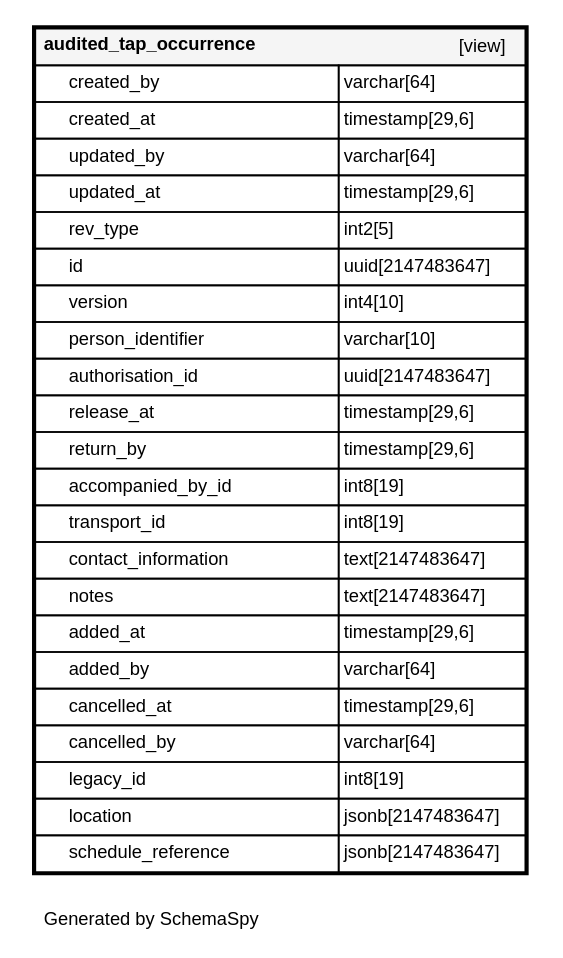
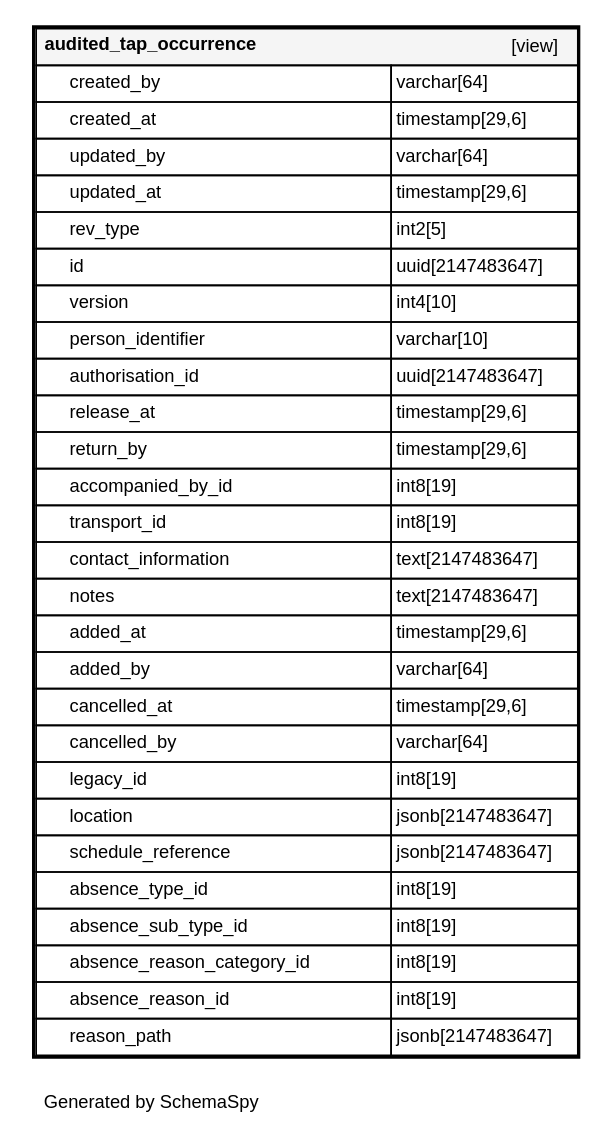
Before and after one commit to ministryofjustice/hmpps-external-movements-api: the diagram in schema-spy-report/diagrams/tables/audited_tap_occurrence.1degree.dot, drawn with Graphviz. The commit also changed 53 other files, not shown here.

```diff
--- a/schema-spy-report/diagrams/tables/audited_tap_occurrence.1degree.dot
+++ b/schema-spy-report/diagrams/tables/audited_tap_occurrence.1degree.dot
@@ -4,28 +4,33 @@
    label=<
     <TABLE BORDER="2" CELLBORDER="1" CELLSPACING="0" BGCOLOR="#ffffff">
       <TR><TD COLSPAN="4"  BGCOLOR="#f5f5f5"><TABLE BORDER="0" CELLSPACING="0"><TR><TD ALIGN="LEFT" FIXEDSIZE="TRUE" WIDTH="161" HEIGHT="16"><B>audited_tap_occurrence</B></TD><TD ALIGN="RIGHT">[view]</TD></TR></TABLE></TD></TR>
-      <TR><TD PORT="created_by" COLSPAN="2" ALIGN="LEFT"><TABLE BORDER="0" CELLSPACING="0" ALIGN="LEFT"><TR ALIGN="LEFT"><TD ALIGN="LEFT" FIXEDSIZE="TRUE" WIDTH="15" HEIGHT="16"></TD><TD ALIGN="LEFT" FIXEDSIZE="TRUE" WIDTH="161" HEIGHT="16">created_by</TD></TR></TABLE></TD><TD PORT="created_by.type" ALIGN="LEFT">varchar[64]</TD></TR>
-      <TR><TD PORT="created_at" COLSPAN="2" ALIGN="LEFT"><TABLE BORDER="0" CELLSPACING="0" ALIGN="LEFT"><TR ALIGN="LEFT"><TD ALIGN="LEFT" FIXEDSIZE="TRUE" WIDTH="15" HEIGHT="16"></TD><TD ALIGN="LEFT" FIXEDSIZE="TRUE" WIDTH="161" HEIGHT="16">created_at</TD></TR></TABLE></TD><TD PORT="created_at.type" ALIGN="LEFT">timestamp[29,6]</TD></TR>
-      <TR><TD PORT="updated_by" COLSPAN="2" ALIGN="LEFT"><TABLE BORDER="0" CELLSPACING="0" ALIGN="LEFT"><TR ALIGN="LEFT"><TD ALIGN="LEFT" FIXEDSIZE="TRUE" WIDTH="15" HEIGHT="16"></TD><TD ALIGN="LEFT" FIXEDSIZE="TRUE" WIDTH="161" HEIGHT="16">updated_by</TD></TR></TABLE></TD><TD PORT="updated_by.type" ALIGN="LEFT">varchar[64]</TD></TR>
-      <TR><TD PORT="updated_at" COLSPAN="2" ALIGN="LEFT"><TABLE BORDER="0" CELLSPACING="0" ALIGN="LEFT"><TR ALIGN="LEFT"><TD ALIGN="LEFT" FIXEDSIZE="TRUE" WIDTH="15" HEIGHT="16"></TD><TD ALIGN="LEFT" FIXEDSIZE="TRUE" WIDTH="161" HEIGHT="16">updated_at</TD></TR></TABLE></TD><TD PORT="updated_at.type" ALIGN="LEFT">timestamp[29,6]</TD></TR>
-      <TR><TD PORT="rev_type" COLSPAN="2" ALIGN="LEFT"><TABLE BORDER="0" CELLSPACING="0" ALIGN="LEFT"><TR ALIGN="LEFT"><TD ALIGN="LEFT" FIXEDSIZE="TRUE" WIDTH="15" HEIGHT="16"></TD><TD ALIGN="LEFT" FIXEDSIZE="TRUE" WIDTH="161" HEIGHT="16">rev_type</TD></TR></TABLE></TD><TD PORT="rev_type.type" ALIGN="LEFT">int2[5]</TD></TR>
-      <TR><TD PORT="id" COLSPAN="2" ALIGN="LEFT"><TABLE BORDER="0" CELLSPACING="0" ALIGN="LEFT"><TR ALIGN="LEFT"><TD ALIGN="LEFT" FIXEDSIZE="TRUE" WIDTH="15" HEIGHT="16"></TD><TD ALIGN="LEFT" FIXEDSIZE="TRUE" WIDTH="161" HEIGHT="16">id</TD></TR></TABLE></TD><TD PORT="id.type" ALIGN="LEFT">uuid[2147483647]</TD></TR>
-      <TR><TD PORT="version" COLSPAN="2" ALIGN="LEFT"><TABLE BORDER="0" CELLSPACING="0" ALIGN="LEFT"><TR ALIGN="LEFT"><TD ALIGN="LEFT" FIXEDSIZE="TRUE" WIDTH="15" HEIGHT="16"></TD><TD ALIGN="LEFT" FIXEDSIZE="TRUE" WIDTH="161" HEIGHT="16">version</TD></TR></TABLE></TD><TD PORT="version.type" ALIGN="LEFT">int4[10]</TD></TR>
-      <TR><TD PORT="person_identifier" COLSPAN="2" ALIGN="LEFT"><TABLE BORDER="0" CELLSPACING="0" ALIGN="LEFT"><TR ALIGN="LEFT"><TD ALIGN="LEFT" FIXEDSIZE="TRUE" WIDTH="15" HEIGHT="16"></TD><TD ALIGN="LEFT" FIXEDSIZE="TRUE" WIDTH="161" HEIGHT="16">person_identifier</TD></TR></TABLE></TD><TD PORT="person_identifier.type" ALIGN="LEFT">varchar[10]</TD></TR>
-      <TR><TD PORT="authorisation_id" COLSPAN="2" ALIGN="LEFT"><TABLE BORDER="0" CELLSPACING="0" ALIGN="LEFT"><TR ALIGN="LEFT"><TD ALIGN="LEFT" FIXEDSIZE="TRUE" WIDTH="15" HEIGHT="16"></TD><TD ALIGN="LEFT" FIXEDSIZE="TRUE" WIDTH="161" HEIGHT="16">authorisation_id</TD></TR></TABLE></TD><TD PORT="authorisation_id.type" ALIGN="LEFT">uuid[2147483647]</TD></TR>
-      <TR><TD PORT="release_at" COLSPAN="2" ALIGN="LEFT"><TABLE BORDER="0" CELLSPACING="0" ALIGN="LEFT"><TR ALIGN="LEFT"><TD ALIGN="LEFT" FIXEDSIZE="TRUE" WIDTH="15" HEIGHT="16"></TD><TD ALIGN="LEFT" FIXEDSIZE="TRUE" WIDTH="161" HEIGHT="16">release_at</TD></TR></TABLE></TD><TD PORT="release_at.type" ALIGN="LEFT">timestamp[29,6]</TD></TR>
-      <TR><TD PORT="return_by" COLSPAN="2" ALIGN="LEFT"><TABLE BORDER="0" CELLSPACING="0" ALIGN="LEFT"><TR ALIGN="LEFT"><TD ALIGN="LEFT" FIXEDSIZE="TRUE" WIDTH="15" HEIGHT="16"></TD><TD ALIGN="LEFT" FIXEDSIZE="TRUE" WIDTH="161" HEIGHT="16">return_by</TD></TR></TABLE></TD><TD PORT="return_by.type" ALIGN="LEFT">timestamp[29,6]</TD></TR>
-      <TR><TD PORT="accompanied_by_id" COLSPAN="2" ALIGN="LEFT"><TABLE BORDER="0" CELLSPACING="0" ALIGN="LEFT"><TR ALIGN="LEFT"><TD ALIGN="LEFT" FIXEDSIZE="TRUE" WIDTH="15" HEIGHT="16"></TD><TD ALIGN="LEFT" FIXEDSIZE="TRUE" WIDTH="161" HEIGHT="16">accompanied_by_id</TD></TR></TABLE></TD><TD PORT="accompanied_by_id.type" ALIGN="LEFT">int8[19]</TD></TR>
-      <TR><TD PORT="transport_id" COLSPAN="2" ALIGN="LEFT"><TABLE BORDER="0" CELLSPACING="0" ALIGN="LEFT"><TR ALIGN="LEFT"><TD ALIGN="LEFT" FIXEDSIZE="TRUE" WIDTH="15" HEIGHT="16"></TD><TD ALIGN="LEFT" FIXEDSIZE="TRUE" WIDTH="161" HEIGHT="16">transport_id</TD></TR></TABLE></TD><TD PORT="transport_id.type" ALIGN="LEFT">int8[19]</TD></TR>
-      <TR><TD PORT="contact_information" COLSPAN="2" ALIGN="LEFT"><TABLE BORDER="0" CELLSPACING="0" ALIGN="LEFT"><TR ALIGN="LEFT"><TD ALIGN="LEFT" FIXEDSIZE="TRUE" WIDTH="15" HEIGHT="16"></TD><TD ALIGN="LEFT" FIXEDSIZE="TRUE" WIDTH="161" HEIGHT="16">contact_information</TD></TR></TABLE></TD><TD PORT="contact_information.type" ALIGN="LEFT">text[2147483647]</TD></TR>
-      <TR><TD PORT="notes" COLSPAN="2" ALIGN="LEFT"><TABLE BORDER="0" CELLSPACING="0" ALIGN="LEFT"><TR ALIGN="LEFT"><TD ALIGN="LEFT" FIXEDSIZE="TRUE" WIDTH="15" HEIGHT="16"></TD><TD ALIGN="LEFT" FIXEDSIZE="TRUE" WIDTH="161" HEIGHT="16">notes</TD></TR></TABLE></TD><TD PORT="notes.type" ALIGN="LEFT">text[2147483647]</TD></TR>
-      <TR><TD PORT="added_at" COLSPAN="2" ALIGN="LEFT"><TABLE BORDER="0" CELLSPACING="0" ALIGN="LEFT"><TR ALIGN="LEFT"><TD ALIGN="LEFT" FIXEDSIZE="TRUE" WIDTH="15" HEIGHT="16"></TD><TD ALIGN="LEFT" FIXEDSIZE="TRUE" WIDTH="161" HEIGHT="16">added_at</TD></TR></TABLE></TD><TD PORT="added_at.type" ALIGN="LEFT">timestamp[29,6]</TD></TR>
-      <TR><TD PORT="added_by" COLSPAN="2" ALIGN="LEFT"><TABLE BORDER="0" CELLSPACING="0" ALIGN="LEFT"><TR ALIGN="LEFT"><TD ALIGN="LEFT" FIXEDSIZE="TRUE" WIDTH="15" HEIGHT="16"></TD><TD ALIGN="LEFT" FIXEDSIZE="TRUE" WIDTH="161" HEIGHT="16">added_by</TD></TR></TABLE></TD><TD PORT="added_by.type" ALIGN="LEFT">varchar[64]</TD></TR>
-      <TR><TD PORT="cancelled_at" COLSPAN="2" ALIGN="LEFT"><TABLE BORDER="0" CELLSPACING="0" ALIGN="LEFT"><TR ALIGN="LEFT"><TD ALIGN="LEFT" FIXEDSIZE="TRUE" WIDTH="15" HEIGHT="16"></TD><TD ALIGN="LEFT" FIXEDSIZE="TRUE" WIDTH="161" HEIGHT="16">cancelled_at</TD></TR></TABLE></TD><TD PORT="cancelled_at.type" ALIGN="LEFT">timestamp[29,6]</TD></TR>
-      <TR><TD PORT="cancelled_by" COLSPAN="2" ALIGN="LEFT"><TABLE BORDER="0" CELLSPACING="0" ALIGN="LEFT"><TR ALIGN="LEFT"><TD ALIGN="LEFT" FIXEDSIZE="TRUE" WIDTH="15" HEIGHT="16"></TD><TD ALIGN="LEFT" FIXEDSIZE="TRUE" WIDTH="161" HEIGHT="16">cancelled_by</TD></TR></TABLE></TD><TD PORT="cancelled_by.type" ALIGN="LEFT">varchar[64]</TD></TR>
-      <TR><TD PORT="legacy_id" COLSPAN="2" ALIGN="LEFT"><TABLE BORDER="0" CELLSPACING="0" ALIGN="LEFT"><TR ALIGN="LEFT"><TD ALIGN="LEFT" FIXEDSIZE="TRUE" WIDTH="15" HEIGHT="16"></TD><TD ALIGN="LEFT" FIXEDSIZE="TRUE" WIDTH="161" HEIGHT="16">legacy_id</TD></TR></TABLE></TD><TD PORT="legacy_id.type" ALIGN="LEFT">int8[19]</TD></TR>
-      <TR><TD PORT="location" COLSPAN="2" ALIGN="LEFT"><TABLE BORDER="0" CELLSPACING="0" ALIGN="LEFT"><TR ALIGN="LEFT"><TD ALIGN="LEFT" FIXEDSIZE="TRUE" WIDTH="15" HEIGHT="16"></TD><TD ALIGN="LEFT" FIXEDSIZE="TRUE" WIDTH="161" HEIGHT="16">location</TD></TR></TABLE></TD><TD PORT="location.type" ALIGN="LEFT">jsonb[2147483647]</TD></TR>
-      <TR><TD PORT="schedule_reference" COLSPAN="2" ALIGN="LEFT"><TABLE BORDER="0" CELLSPACING="0" ALIGN="LEFT"><TR ALIGN="LEFT"><TD ALIGN="LEFT" FIXEDSIZE="TRUE" WIDTH="15" HEIGHT="16"></TD><TD ALIGN="LEFT" FIXEDSIZE="TRUE" WIDTH="161" HEIGHT="16">schedule_reference</TD></TR></TABLE></TD><TD PORT="schedule_reference.type" ALIGN="LEFT">jsonb[2147483647]</TD></TR>
+      <TR><TD PORT="created_by" COLSPAN="2" ALIGN="LEFT"><TABLE BORDER="0" CELLSPACING="0" ALIGN="LEFT"><TR ALIGN="LEFT"><TD ALIGN="LEFT" FIXEDSIZE="TRUE" WIDTH="15" HEIGHT="16"></TD><TD ALIGN="LEFT" FIXEDSIZE="TRUE" WIDTH="192" HEIGHT="16">created_by</TD></TR></TABLE></TD><TD PORT="created_by.type" ALIGN="LEFT">varchar[64]</TD></TR>
+      <TR><TD PORT="created_at" COLSPAN="2" ALIGN="LEFT"><TABLE BORDER="0" CELLSPACING="0" ALIGN="LEFT"><TR ALIGN="LEFT"><TD ALIGN="LEFT" FIXEDSIZE="TRUE" WIDTH="15" HEIGHT="16"></TD><TD ALIGN="LEFT" FIXEDSIZE="TRUE" WIDTH="192" HEIGHT="16">created_at</TD></TR></TABLE></TD><TD PORT="created_at.type" ALIGN="LEFT">timestamp[29,6]</TD></TR>
+      <TR><TD PORT="updated_by" COLSPAN="2" ALIGN="LEFT"><TABLE BORDER="0" CELLSPACING="0" ALIGN="LEFT"><TR ALIGN="LEFT"><TD ALIGN="LEFT" FIXEDSIZE="TRUE" WIDTH="15" HEIGHT="16"></TD><TD ALIGN="LEFT" FIXEDSIZE="TRUE" WIDTH="192" HEIGHT="16">updated_by</TD></TR></TABLE></TD><TD PORT="updated_by.type" ALIGN="LEFT">varchar[64]</TD></TR>
+      <TR><TD PORT="updated_at" COLSPAN="2" ALIGN="LEFT"><TABLE BORDER="0" CELLSPACING="0" ALIGN="LEFT"><TR ALIGN="LEFT"><TD ALIGN="LEFT" FIXEDSIZE="TRUE" WIDTH="15" HEIGHT="16"></TD><TD ALIGN="LEFT" FIXEDSIZE="TRUE" WIDTH="192" HEIGHT="16">updated_at</TD></TR></TABLE></TD><TD PORT="updated_at.type" ALIGN="LEFT">timestamp[29,6]</TD></TR>
+      <TR><TD PORT="rev_type" COLSPAN="2" ALIGN="LEFT"><TABLE BORDER="0" CELLSPACING="0" ALIGN="LEFT"><TR ALIGN="LEFT"><TD ALIGN="LEFT" FIXEDSIZE="TRUE" WIDTH="15" HEIGHT="16"></TD><TD ALIGN="LEFT" FIXEDSIZE="TRUE" WIDTH="192" HEIGHT="16">rev_type</TD></TR></TABLE></TD><TD PORT="rev_type.type" ALIGN="LEFT">int2[5]</TD></TR>
+      <TR><TD PORT="id" COLSPAN="2" ALIGN="LEFT"><TABLE BORDER="0" CELLSPACING="0" ALIGN="LEFT"><TR ALIGN="LEFT"><TD ALIGN="LEFT" FIXEDSIZE="TRUE" WIDTH="15" HEIGHT="16"></TD><TD ALIGN="LEFT" FIXEDSIZE="TRUE" WIDTH="192" HEIGHT="16">id</TD></TR></TABLE></TD><TD PORT="id.type" ALIGN="LEFT">uuid[2147483647]</TD></TR>
+      <TR><TD PORT="version" COLSPAN="2" ALIGN="LEFT"><TABLE BORDER="0" CELLSPACING="0" ALIGN="LEFT"><TR ALIGN="LEFT"><TD ALIGN="LEFT" FIXEDSIZE="TRUE" WIDTH="15" HEIGHT="16"></TD><TD ALIGN="LEFT" FIXEDSIZE="TRUE" WIDTH="192" HEIGHT="16">version</TD></TR></TABLE></TD><TD PORT="version.type" ALIGN="LEFT">int4[10]</TD></TR>
+      <TR><TD PORT="person_identifier" COLSPAN="2" ALIGN="LEFT"><TABLE BORDER="0" CELLSPACING="0" ALIGN="LEFT"><TR ALIGN="LEFT"><TD ALIGN="LEFT" FIXEDSIZE="TRUE" WIDTH="15" HEIGHT="16"></TD><TD ALIGN="LEFT" FIXEDSIZE="TRUE" WIDTH="192" HEIGHT="16">person_identifier</TD></TR></TABLE></TD><TD PORT="person_identifier.type" ALIGN="LEFT">varchar[10]</TD></TR>
+      <TR><TD PORT="authorisation_id" COLSPAN="2" ALIGN="LEFT"><TABLE BORDER="0" CELLSPACING="0" ALIGN="LEFT"><TR ALIGN="LEFT"><TD ALIGN="LEFT" FIXEDSIZE="TRUE" WIDTH="15" HEIGHT="16"></TD><TD ALIGN="LEFT" FIXEDSIZE="TRUE" WIDTH="192" HEIGHT="16">authorisation_id</TD></TR></TABLE></TD><TD PORT="authorisation_id.type" ALIGN="LEFT">uuid[2147483647]</TD></TR>
+      <TR><TD PORT="release_at" COLSPAN="2" ALIGN="LEFT"><TABLE BORDER="0" CELLSPACING="0" ALIGN="LEFT"><TR ALIGN="LEFT"><TD ALIGN="LEFT" FIXEDSIZE="TRUE" WIDTH="15" HEIGHT="16"></TD><TD ALIGN="LEFT" FIXEDSIZE="TRUE" WIDTH="192" HEIGHT="16">release_at</TD></TR></TABLE></TD><TD PORT="release_at.type" ALIGN="LEFT">timestamp[29,6]</TD></TR>
+      <TR><TD PORT="return_by" COLSPAN="2" ALIGN="LEFT"><TABLE BORDER="0" CELLSPACING="0" ALIGN="LEFT"><TR ALIGN="LEFT"><TD ALIGN="LEFT" FIXEDSIZE="TRUE" WIDTH="15" HEIGHT="16"></TD><TD ALIGN="LEFT" FIXEDSIZE="TRUE" WIDTH="192" HEIGHT="16">return_by</TD></TR></TABLE></TD><TD PORT="return_by.type" ALIGN="LEFT">timestamp[29,6]</TD></TR>
+      <TR><TD PORT="accompanied_by_id" COLSPAN="2" ALIGN="LEFT"><TABLE BORDER="0" CELLSPACING="0" ALIGN="LEFT"><TR ALIGN="LEFT"><TD ALIGN="LEFT" FIXEDSIZE="TRUE" WIDTH="15" HEIGHT="16"></TD><TD ALIGN="LEFT" FIXEDSIZE="TRUE" WIDTH="192" HEIGHT="16">accompanied_by_id</TD></TR></TABLE></TD><TD PORT="accompanied_by_id.type" ALIGN="LEFT">int8[19]</TD></TR>
+      <TR><TD PORT="transport_id" COLSPAN="2" ALIGN="LEFT"><TABLE BORDER="0" CELLSPACING="0" ALIGN="LEFT"><TR ALIGN="LEFT"><TD ALIGN="LEFT" FIXEDSIZE="TRUE" WIDTH="15" HEIGHT="16"></TD><TD ALIGN="LEFT" FIXEDSIZE="TRUE" WIDTH="192" HEIGHT="16">transport_id</TD></TR></TABLE></TD><TD PORT="transport_id.type" ALIGN="LEFT">int8[19]</TD></TR>
+      <TR><TD PORT="contact_information" COLSPAN="2" ALIGN="LEFT"><TABLE BORDER="0" CELLSPACING="0" ALIGN="LEFT"><TR ALIGN="LEFT"><TD ALIGN="LEFT" FIXEDSIZE="TRUE" WIDTH="15" HEIGHT="16"></TD><TD ALIGN="LEFT" FIXEDSIZE="TRUE" WIDTH="192" HEIGHT="16">contact_information</TD></TR></TABLE></TD><TD PORT="contact_information.type" ALIGN="LEFT">text[2147483647]</TD></TR>
+      <TR><TD PORT="notes" COLSPAN="2" ALIGN="LEFT"><TABLE BORDER="0" CELLSPACING="0" ALIGN="LEFT"><TR ALIGN="LEFT"><TD ALIGN="LEFT" FIXEDSIZE="TRUE" WIDTH="15" HEIGHT="16"></TD><TD ALIGN="LEFT" FIXEDSIZE="TRUE" WIDTH="192" HEIGHT="16">notes</TD></TR></TABLE></TD><TD PORT="notes.type" ALIGN="LEFT">text[2147483647]</TD></TR>
+      <TR><TD PORT="added_at" COLSPAN="2" ALIGN="LEFT"><TABLE BORDER="0" CELLSPACING="0" ALIGN="LEFT"><TR ALIGN="LEFT"><TD ALIGN="LEFT" FIXEDSIZE="TRUE" WIDTH="15" HEIGHT="16"></TD><TD ALIGN="LEFT" FIXEDSIZE="TRUE" WIDTH="192" HEIGHT="16">added_at</TD></TR></TABLE></TD><TD PORT="added_at.type" ALIGN="LEFT">timestamp[29,6]</TD></TR>
+      <TR><TD PORT="added_by" COLSPAN="2" ALIGN="LEFT"><TABLE BORDER="0" CELLSPACING="0" ALIGN="LEFT"><TR ALIGN="LEFT"><TD ALIGN="LEFT" FIXEDSIZE="TRUE" WIDTH="15" HEIGHT="16"></TD><TD ALIGN="LEFT" FIXEDSIZE="TRUE" WIDTH="192" HEIGHT="16">added_by</TD></TR></TABLE></TD><TD PORT="added_by.type" ALIGN="LEFT">varchar[64]</TD></TR>
+      <TR><TD PORT="cancelled_at" COLSPAN="2" ALIGN="LEFT"><TABLE BORDER="0" CELLSPACING="0" ALIGN="LEFT"><TR ALIGN="LEFT"><TD ALIGN="LEFT" FIXEDSIZE="TRUE" WIDTH="15" HEIGHT="16"></TD><TD ALIGN="LEFT" FIXEDSIZE="TRUE" WIDTH="192" HEIGHT="16">cancelled_at</TD></TR></TABLE></TD><TD PORT="cancelled_at.type" ALIGN="LEFT">timestamp[29,6]</TD></TR>
+      <TR><TD PORT="cancelled_by" COLSPAN="2" ALIGN="LEFT"><TABLE BORDER="0" CELLSPACING="0" ALIGN="LEFT"><TR ALIGN="LEFT"><TD ALIGN="LEFT" FIXEDSIZE="TRUE" WIDTH="15" HEIGHT="16"></TD><TD ALIGN="LEFT" FIXEDSIZE="TRUE" WIDTH="192" HEIGHT="16">cancelled_by</TD></TR></TABLE></TD><TD PORT="cancelled_by.type" ALIGN="LEFT">varchar[64]</TD></TR>
+      <TR><TD PORT="legacy_id" COLSPAN="2" ALIGN="LEFT"><TABLE BORDER="0" CELLSPACING="0" ALIGN="LEFT"><TR ALIGN="LEFT"><TD ALIGN="LEFT" FIXEDSIZE="TRUE" WIDTH="15" HEIGHT="16"></TD><TD ALIGN="LEFT" FIXEDSIZE="TRUE" WIDTH="192" HEIGHT="16">legacy_id</TD></TR></TABLE></TD><TD PORT="legacy_id.type" ALIGN="LEFT">int8[19]</TD></TR>
+      <TR><TD PORT="location" COLSPAN="2" ALIGN="LEFT"><TABLE BORDER="0" CELLSPACING="0" ALIGN="LEFT"><TR ALIGN="LEFT"><TD ALIGN="LEFT" FIXEDSIZE="TRUE" WIDTH="15" HEIGHT="16"></TD><TD ALIGN="LEFT" FIXEDSIZE="TRUE" WIDTH="192" HEIGHT="16">location</TD></TR></TABLE></TD><TD PORT="location.type" ALIGN="LEFT">jsonb[2147483647]</TD></TR>
+      <TR><TD PORT="schedule_reference" COLSPAN="2" ALIGN="LEFT"><TABLE BORDER="0" CELLSPACING="0" ALIGN="LEFT"><TR ALIGN="LEFT"><TD ALIGN="LEFT" FIXEDSIZE="TRUE" WIDTH="15" HEIGHT="16"></TD><TD ALIGN="LEFT" FIXEDSIZE="TRUE" WIDTH="192" HEIGHT="16">schedule_reference</TD></TR></TABLE></TD><TD PORT="schedule_reference.type" ALIGN="LEFT">jsonb[2147483647]</TD></TR>
+      <TR><TD PORT="absence_type_id" COLSPAN="2" ALIGN="LEFT"><TABLE BORDER="0" CELLSPACING="0" ALIGN="LEFT"><TR ALIGN="LEFT"><TD ALIGN="LEFT" FIXEDSIZE="TRUE" WIDTH="15" HEIGHT="16"></TD><TD ALIGN="LEFT" FIXEDSIZE="TRUE" WIDTH="192" HEIGHT="16">absence_type_id</TD></TR></TABLE></TD><TD PORT="absence_type_id.type" ALIGN="LEFT">int8[19]</TD></TR>
+      <TR><TD PORT="absence_sub_type_id" COLSPAN="2" ALIGN="LEFT"><TABLE BORDER="0" CELLSPACING="0" ALIGN="LEFT"><TR ALIGN="LEFT"><TD ALIGN="LEFT" FIXEDSIZE="TRUE" WIDTH="15" HEIGHT="16"></TD><TD ALIGN="LEFT" FIXEDSIZE="TRUE" WIDTH="192" HEIGHT="16">absence_sub_type_id</TD></TR></TABLE></TD><TD PORT="absence_sub_type_id.type" ALIGN="LEFT">int8[19]</TD></TR>
+      <TR><TD PORT="absence_reason_category_id" COLSPAN="2" ALIGN="LEFT"><TABLE BORDER="0" CELLSPACING="0" ALIGN="LEFT"><TR ALIGN="LEFT"><TD ALIGN="LEFT" FIXEDSIZE="TRUE" WIDTH="15" HEIGHT="16"></TD><TD ALIGN="LEFT" FIXEDSIZE="TRUE" WIDTH="192" HEIGHT="16">absence_reason_category_id</TD></TR></TABLE></TD><TD PORT="absence_reason_category_id.type" ALIGN="LEFT">int8[19]</TD></TR>
+      <TR><TD PORT="absence_reason_id" COLSPAN="2" ALIGN="LEFT"><TABLE BORDER="0" CELLSPACING="0" ALIGN="LEFT"><TR ALIGN="LEFT"><TD ALIGN="LEFT" FIXEDSIZE="TRUE" WIDTH="15" HEIGHT="16"></TD><TD ALIGN="LEFT" FIXEDSIZE="TRUE" WIDTH="192" HEIGHT="16">absence_reason_id</TD></TR></TABLE></TD><TD PORT="absence_reason_id.type" ALIGN="LEFT">int8[19]</TD></TR>
+      <TR><TD PORT="reason_path" COLSPAN="2" ALIGN="LEFT"><TABLE BORDER="0" CELLSPACING="0" ALIGN="LEFT"><TR ALIGN="LEFT"><TD ALIGN="LEFT" FIXEDSIZE="TRUE" WIDTH="15" HEIGHT="16"></TD><TD ALIGN="LEFT" FIXEDSIZE="TRUE" WIDTH="192" HEIGHT="16">reason_path</TD></TR></TABLE></TD><TD PORT="reason_path.type" ALIGN="LEFT">jsonb[2147483647]</TD></TR>
     </TABLE>>
     URL="../../tables/audited_tap_occurrence.html"
     target="_top"
```
